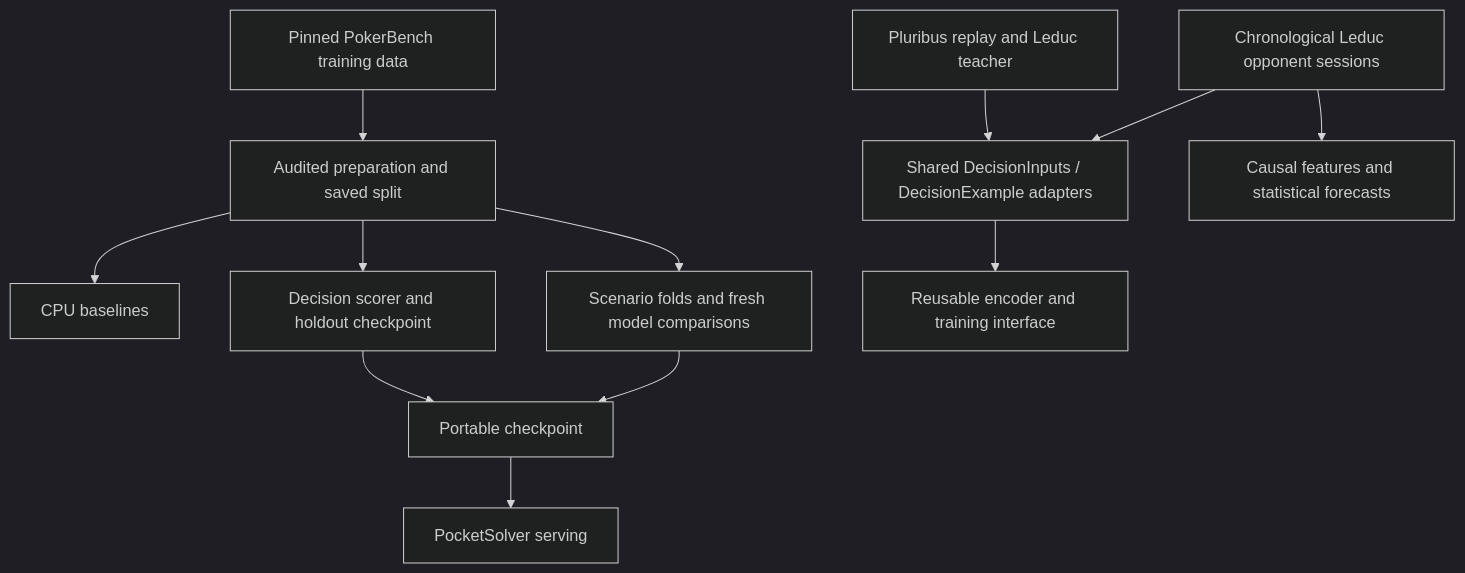
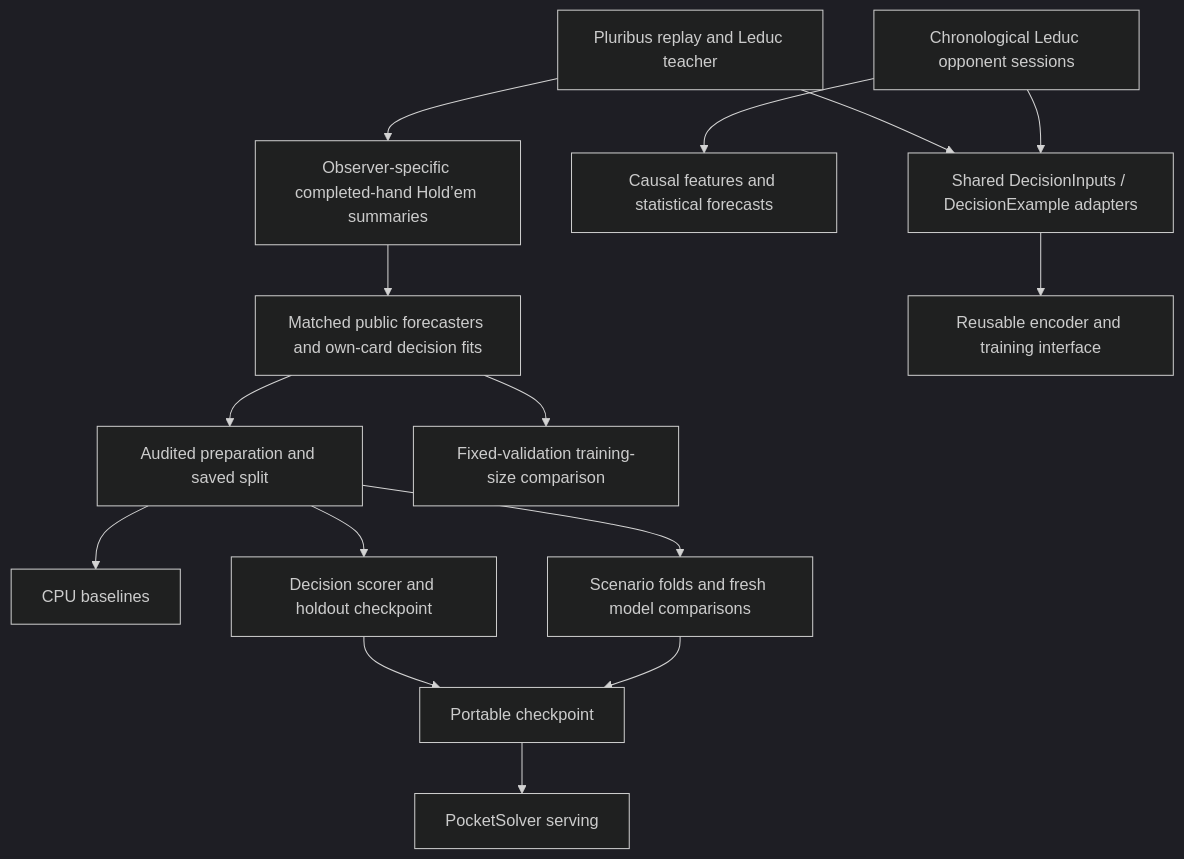
Before and after one commit to nmokey/Poker-Decision-Model: the diagram in docs/architecture.md, drawn with Mermaid (dark theme). The commit also changed other lines of this file and 25 other files, not shown here.

Commit message:
Integrate Hold'em opponent histories and matched decision experiments

````diff
--- a/docs/architecture.md
+++ b/docs/architecture.md
@@ -8,14 +8,17 @@
 ```mermaid
 flowchart TD
     P[Pinned PokerBench training data] --> D[Audited preparation and saved split]
     D --> B[CPU baselines]
     D --> T[Decision scorer and holdout checkpoint]
     D --> E[Scenario folds and fresh model comparisons]
     T --> C[Portable checkpoint]
     E --> C
     C --> S[PocketSolver serving]
     A[Pluribus replay and Leduc teacher] --> I[Shared DecisionInputs / DecisionExample adapters]
     H[Chronological Leduc opponent sessions] --> F[Causal features and statistical forecasts]
     H --> I
+    A --> O[Observer-specific completed-hand Hold’em summaries]
+    O --> P[Matched public forecasters and own-card decision fits]
+    P --> V[Fixed-validation training-size comparison]
     I --> R[Reusable encoder and training interface]
 ```
````
